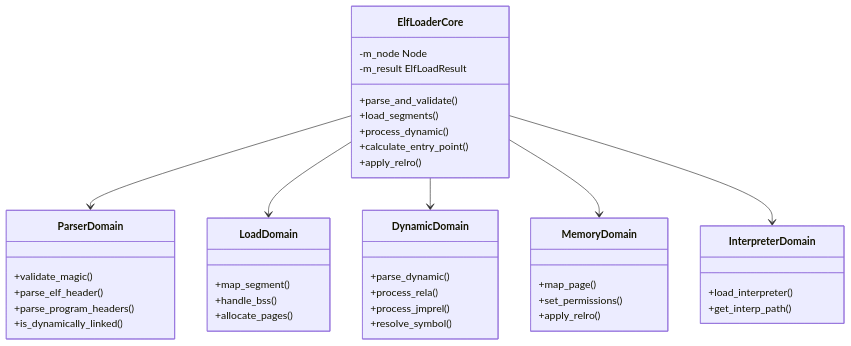
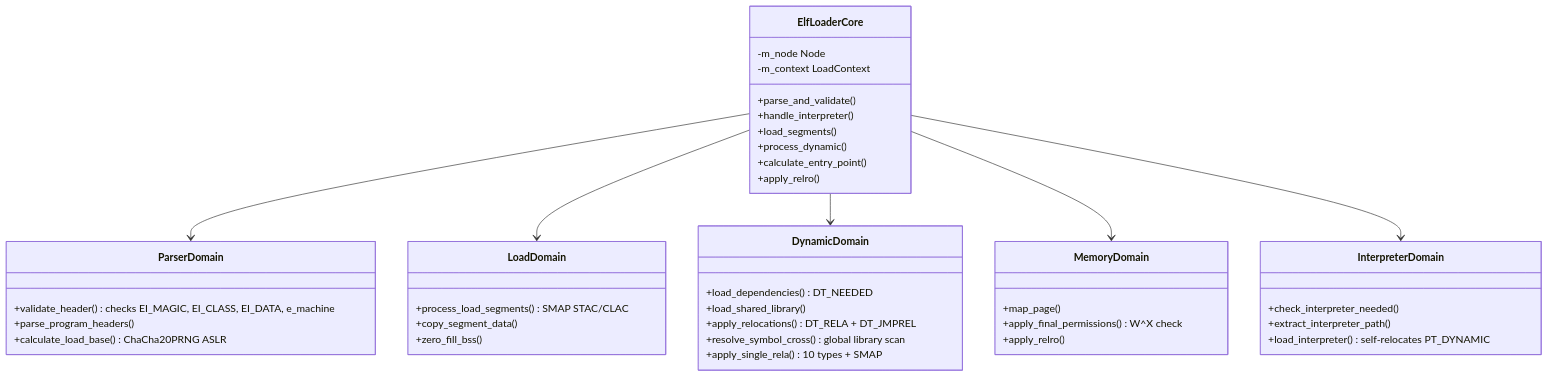
One commit to KitsuneBSD/FKernel changed the second of 2 diagrams in Docs/Domains/elf-loader.md. Above: the diagram before and after it, drawn with Mermaid. The commit also changed other lines of this file and 15 other files, not shown here.

Commit message:
docs: update TODO.md and architecture documentation for session 12

````diff
--- a/Docs/Domains/elf-loader.md
+++ b/Docs/Domains/elf-loader.md
@@ -35,43 +36,45 @@
 ```mermaid
 classDiagram
     class ElfLoaderCore {
         -m_node Node
-        -m_result ElfLoadResult
+        -m_context LoadContext
         +parse_and_validate()
+        +handle_interpreter()
         +load_segments()
         +process_dynamic()
         +calculate_entry_point()
         +apply_relro()
     }
     class ParserDomain {
-        +validate_magic()
-        +parse_elf_header()
+        +validate_header()  checks EI_MAGIC, EI_CLASS, EI_DATA, e_machine
         +parse_program_headers()
-        +is_dynamically_linked()
+        +calculate_load_base()  ChaCha20PRNG ASLR
     }
     class LoadDomain {
-        +map_segment()
-        +handle_bss()
-        +allocate_pages()
+        +process_load_segments()  SMAP STAC/CLAC
+        +copy_segment_data()
+        +zero_fill_bss()
     }
     class DynamicDomain {
-        +parse_dynamic()
-        +process_rela()
-        +process_jmprel()
-        +resolve_symbol()
+        +load_dependencies()  DT_NEEDED
+        +load_shared_library()
+        +apply_relocations()  DT_RELA + DT_JMPREL
+        +resolve_symbol_cross()  global library scan
+        +apply_single_rela()  10 types + SMAP
     }
     class MemoryDomain {
         +map_page()
-        +set_permissions()
+        +apply_final_permissions()  W^X check
         +apply_relro()
     }
     class InterpreterDomain {
-        +load_interpreter()
-        +get_interp_path()
+        +check_interpreter_needed()
+        +extract_interpreter_path()
+        +load_interpreter()  self-relocates PT_DYNAMIC
     }
     ElfLoaderCore --> ParserDomain
     ElfLoaderCore --> LoadDomain
     ElfLoaderCore --> DynamicDomain
     ElfLoaderCore --> MemoryDomain
     ElfLoaderCore --> InterpreterDomain
 ```
````
